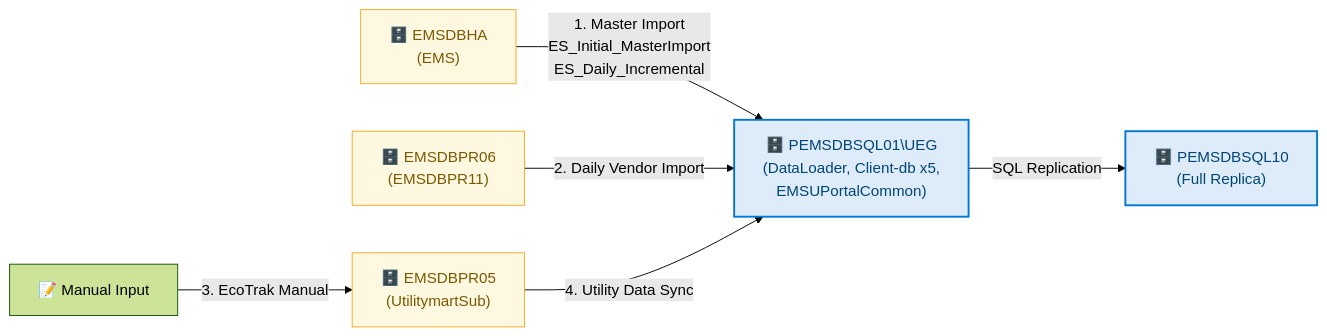
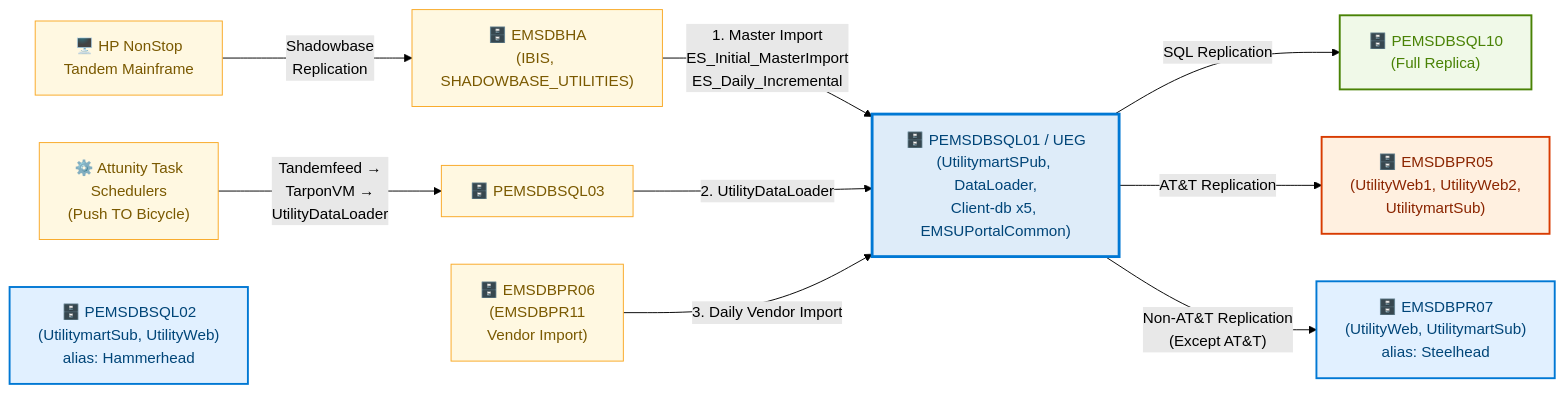
The third of 6 diagrams in Documents/Technical/diagrams/expensesmart-v1-architecture.md (lcassin/Scheduler_Platform), drawn with Mermaid (forest theme) before and after one commit. The commit also changed other lines of this file and 1 other file, not shown here.

First line of the commit message:
docs: Update ES1 data processing flow from March 2026 architecture diagram

````diff
--- a/Documents/Technical/diagrams/expensesmart-v1-architecture.md
+++ b/Documents/Technical/diagrams/expensesmart-v1-architecture.md
@@ -266,16 +282,30 @@
 ```mermaid
 graph LR
-    classDef step fill:#F8F9FA,stroke:#0078D4,stroke-width:2px,color:#333
     classDef source fill:#FFF8E1,stroke:#F9A825,color:#7A5900
-    classDef target fill:#DEECF9,stroke:#0078D4,stroke-width:2px,color:#004578
+    classDef feeder fill:#FFF8E1,stroke:#F9A825,color:#7A5900
+    classDef hub fill:#DEECF9,stroke:#0078D4,stroke-width:3px,color:#004578
+    classDef replica fill:#F0F9E8,stroke:#498205,stroke-width:2px,color:#498205
+    classDef att fill:#FFF0E0,stroke:#D83B01,stroke-width:2px,color:#8B2500
+    classDef downstream fill:#E1F0FF,stroke:#0078D4,stroke-width:2px,color:#004578
 
-    EMSDBHA["🗄️ EMSDBHA<br/>(EMS)"] -->|"1. Master Import<br/>ES_Initial_MasterImport<br/>ES_Daily_Incremental"| HUB["🗄️ PEMSDBSQL01\UEG<br/>(DataLoader, Client-db x5,<br/>EMSUPortalCommon)"]
-    EMSDBPR06["🗄️ EMSDBPR06<br/>(EMSDBPR11)"] -->|"2. Daily Vendor Import"| HUB
-    MANUAL["📝 Manual Input"] -->|"3. EcoTrak Manual"| EMSDBPR05["🗄️ EMSDBPR05<br/>(UtilitymartSub)"]
-    EMSDBPR05 -->|"4. Utility Data Sync"| HUB
+    HPTandem["🖥️ HP NonStop<br/>Tandem Mainframe"] -->|"Shadowbase<br/>Replication"| EMSDBHA["🗄️ EMSDBHA<br/>(IBIS, SHADOWBASE_UTILITIES)"]
+    Attunity["⚙️ Attunity Task<br/>Schedulers<br/>(Push TO Bicycle)"] -->|"Tandemfeed →<br/>TarponVM →<br/>UtilityDataLoader"| PEMSDBSQL03["🗄️ PEMSDBSQL03"]
+    EMSDBPR06["🗄️ EMSDBPR06<br/>(EMSDBPR11<br/>Vendor Import)"]
+
+    EMSDBHA -->|"1. Master Import<br/>ES_Initial_MasterImport<br/>ES_Daily_Incremental"| HUB["🗄️ PEMSDBSQL01 / UEG<br/>(UtilitymartSPub, DataLoader,<br/>Client-db x5, EMSUPortalCommon)"]
+    PEMSDBSQL03 -->|"2. UtilityDataLoader"| HUB
+    EMSDBPR06 -->|"3. Daily Vendor Import"| HUB
+
     HUB -->|"SQL Replication"| REPLICA["🗄️ PEMSDBSQL10<br/>(Full Replica)"]
+    HUB -->|"AT&T Replication"| EMSDBPR05["🗄️ EMSDBPR05<br/>(UtilityWeb1, UtilityWeb2,<br/>UtilitymartSub)"]
+    HUB -->|"Non-AT&T Replication<br/>(Except AT&T)"| EMSDBPR07["🗄️ EMSDBPR07<br/>(UtilityWeb, UtilitymartSub)<br/>alias: Steelhead"]
 
-    class EMSDBHA,EMSDBPR06,EMSDBPR05 source
-    class HUB target
-    class REPLICA target
+    PEMSDBSQL02["🗄️ PEMSDBSQL02<br/>(UtilitymartSub, UtilityWeb)<br/>alias: Hammerhead"]
+
+    class HPTandem,Attunity source
+    class EMSDBHA,EMSDBPR06,PEMSDBSQL03 feeder
+    class HUB hub
+    class REPLICA replica
+    class EMSDBPR05 att
+    class EMSDBPR07,PEMSDBSQL02 downstream
 ```
````
